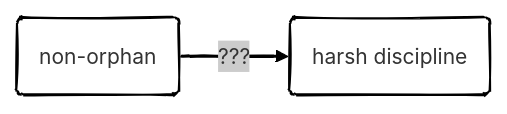
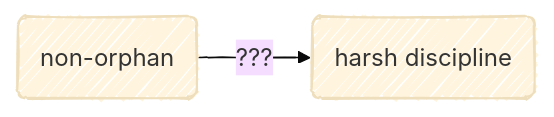
One commit to agrogan1/closeread changed the diagram in orphan/diagrams.md. Above: the diagram before and after it, drawn with Mermaid.

````diff
--- a/orphan/diagrams.md
+++ b/orphan/diagrams.md
@@ -1,9 +1,9 @@
 ```mermaid
 ---
 config:
   look: handDrawn
-  theme: neo
+  theme: base
 ---
 flowchart LR
   nonorphan(non-orphan) --> |"???"| harshdiscipline(harsh discipline)
 ```
````
